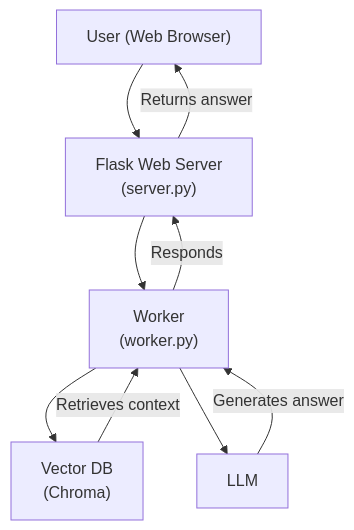
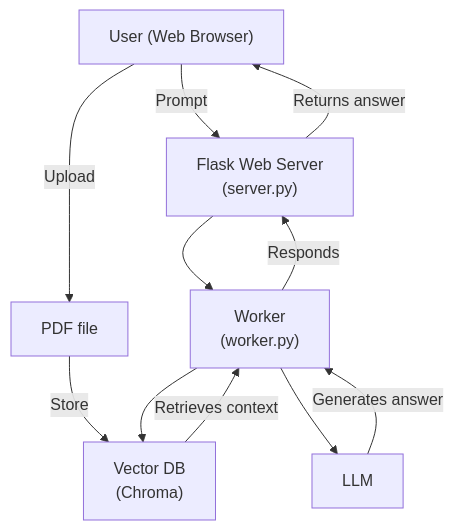
The diagram in README.md (arthurtran04/ibm-2), drawn with Mermaid before and after one commit.

````diff
--- a/README.md
+++ b/README.md
@@ -52,11 +52,13 @@
 ```mermaid
 flowchart TD
-    A[User #40;Web Browser#41;] --> B[Flask Web Server<br/>#40;server.py#41;]
+    A[User #40;Web Browser#41;] -- Prompt --> B[Flask Web Server<br/>#40;server.py#41;]
     B --> C[Worker<br/>#40;worker.py#41;]
+    F[PDF file] -- Store --> D
     C --> D[Vector DB<br/>#40;Chroma#41;]
     C --> E[LLM]
+    A -- Upload --> F
     D -- Retrieves context --> C
     E -- Generates answer --> C
     C -- Responds --> B
     B -- Returns answer --> A
 ```
````
